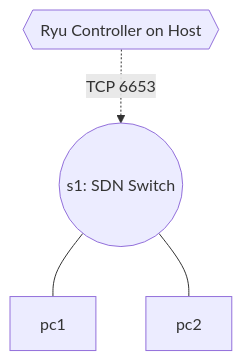
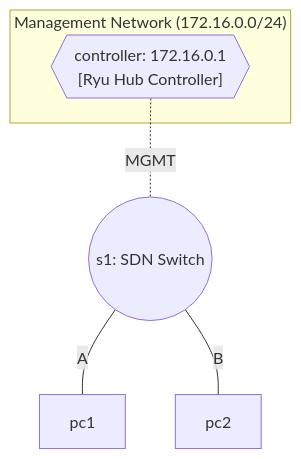
The diagram in MODULE_2_SDN/lab16-kathara-sdn-integration/README.md (Mellgood/asdn26), drawn with Mermaid before and after one commit. The commit also changed other lines of this file and 12 other files, not shown here.

````diff
--- a/MODULE_2_SDN/lab16-kathara-sdn-integration/README.md
+++ b/MODULE_2_SDN/lab16-kathara-sdn-integration/README.md
@@ -9,11 +9,13 @@
 ```mermaid
 graph TD
-    c1{{Ryu Controller on Host}}
+    subgraph MGMT["Management Network (172.16.0.0/24)"]
+        ctrl{{"controller: 172.16.0.1<br/>[Ryu Hub Controller]"}}
+    end
     s1((s1: SDN Switch))
     pc1[pc1]
     pc2[pc2]
 
-    c1 -.->|TCP 6653| s1
-    s1 --- pc1
-    s1 --- pc2
+    ctrl -.-|"MGMT"| s1
+    s1 ---|"A"| pc1
+    s1 ---|"B"| pc2
 ```
````
